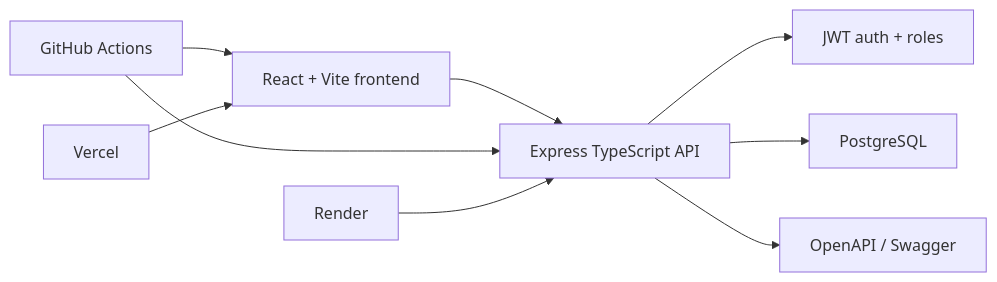
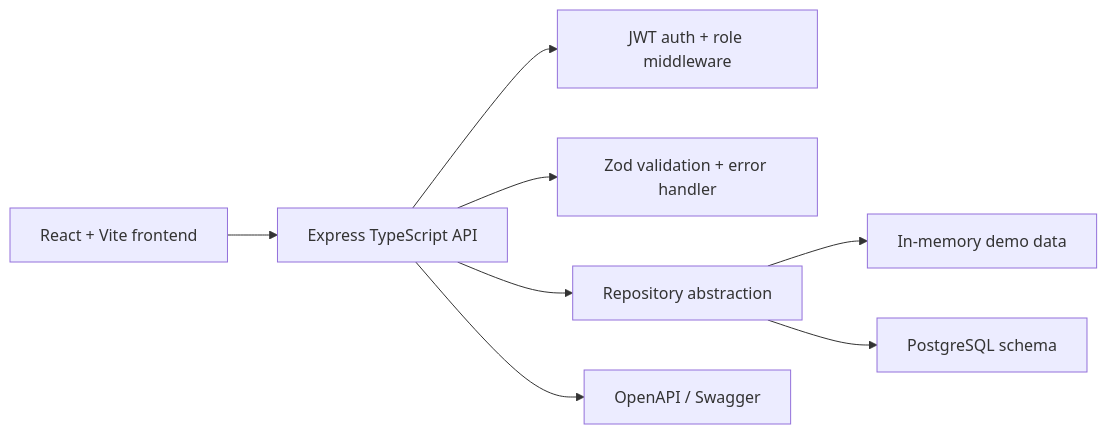
One commit to ramiabdu/DoorStep-Mobile changed the diagram in README.md. Above: the diagram before and after it, drawn with Mermaid. The commit also changed other lines of this file and 47 other files, not shown here.

````diff
--- a/README.md
+++ b/README.md
@@ -27,11 +24,10 @@
 ```mermaid
 flowchart LR
   Browser["React + Vite frontend"] --> API["Express TypeScript API"]
-  API --> Auth["JWT auth + roles"]
-  API --> Database["PostgreSQL"]
+  API --> Auth["JWT auth + role middleware"]
+  API --> Validation["Zod validation + error handler"]
+  API --> Repository["Repository abstraction"]
+  Repository --> Memory["In-memory demo data"]
+  Repository --> PostgreSQL["PostgreSQL schema"]
   API --> Docs["OpenAPI / Swagger"]
-  CI["GitHub Actions"] --> Browser
-  CI --> API
-  Vercel["Vercel"] --> Browser
-  Render["Render"] --> API
 ```
````
